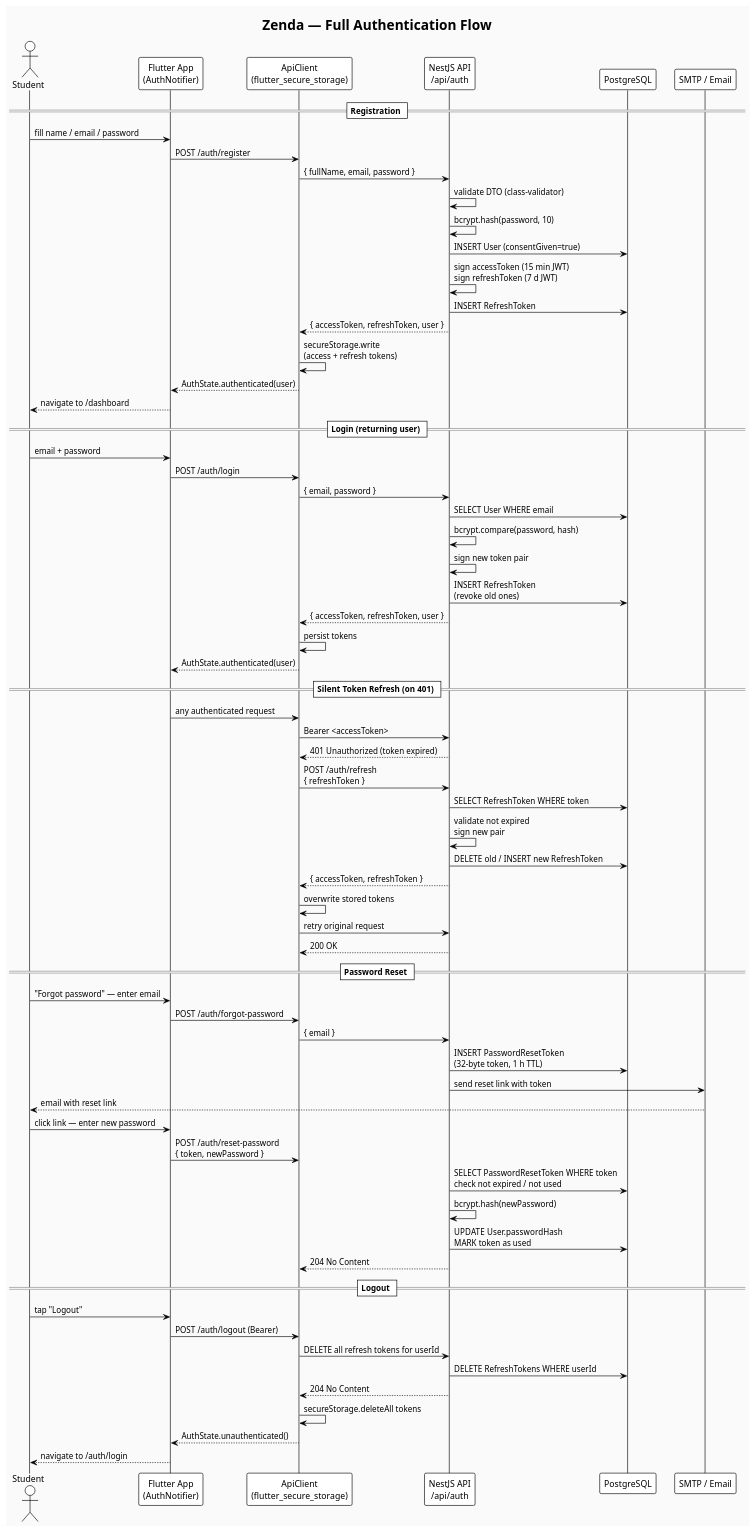
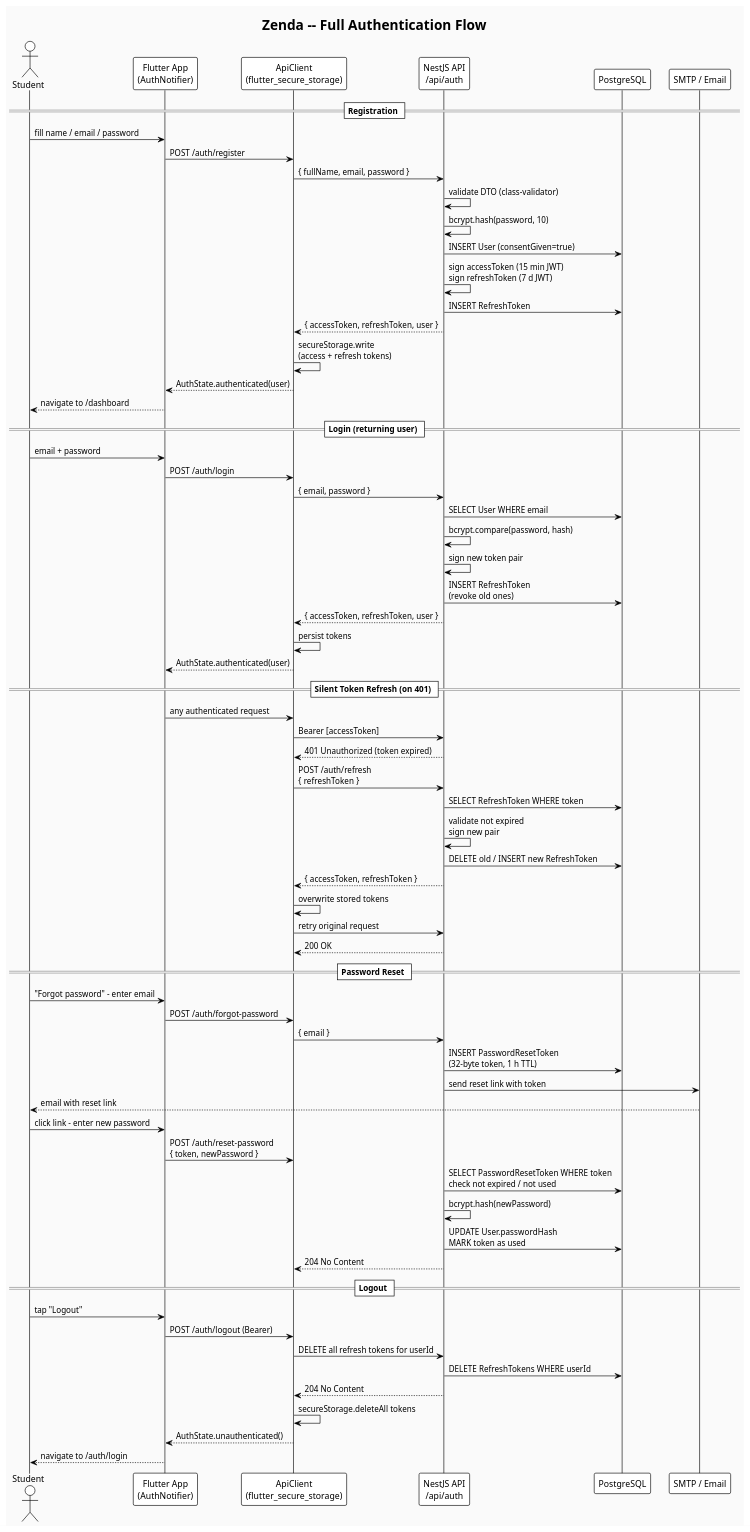
One commit to Tesis-2026/zenda_monorepo_app changed the fourth of 7 diagrams in docs/architecture.puml. Above: the diagram before and after it, drawn with PlantUML. The commit also changed other lines of this file, not shown here.

First line of the commit message:
fix(docs): correct PlantUML syntax errors in architecture.puml

```diff
--- a/docs/architecture.puml
+++ b/docs/architecture.puml
@@ -173,77 +175,77 @@
 @startuml ZendaAuthFlow
 !theme plain
 skinparam backgroundColor #FAFAFA
 
-title Zenda — Full Authentication Flow
+title Zenda -- Full Authentication Flow
 
 actor Student
 participant "Flutter App\n(AuthNotifier)" as App
 participant "ApiClient\n(flutter_secure_storage)" as Client
 participant "NestJS API\n/api/auth" as API
 participant "PostgreSQL" as DB
 participant "SMTP / Email" as Mail
 
 == Registration ==
 Student -> App : fill name / email / password
 App -> Client : POST /auth/register
 Client -> API : { fullName, email, password }
 API -> API : validate DTO (class-validator)
 API -> API : bcrypt.hash(password, 10)
 API -> DB : INSERT User (consentGiven=true)
 API -> API : sign accessToken (15 min JWT)\nsign refreshToken (7 d JWT)
 API -> DB : INSERT RefreshToken
 API --> Client : { accessToken, refreshToken, user }
 Client -> Client : secureStorage.write\n(access + refresh tokens)
 Client --> App : AuthState.authenticated(user)
 App --> Student : navigate to /dashboard
 
 == Login (returning user) ==
 Student -> App : email + password
 App -> Client : POST /auth/login
 Client -> API : { email, password }
 API -> DB : SELECT User WHERE email
 API -> API : bcrypt.compare(password, hash)
 API -> API : sign new token pair
 API -> DB : INSERT RefreshToken\n(revoke old ones)
 API --> Client : { accessToken, refreshToken, user }
 Client -> Client : persist tokens
 Client --> App : AuthState.authenticated(user)
 
 == Silent Token Refresh (on 401) ==
 App -> Client : any authenticated request
-Client -> API : Bearer <accessToken>
+Client -> API : Bearer [accessToken]
 API --> Client : 401 Unauthorized (token expired)
 Client -> API : POST /auth/refresh\n{ refreshToken }
 API -> DB : SELECT RefreshToken WHERE token
 API -> API : validate not expired\nsign new pair
 API -> DB : DELETE old / INSERT new RefreshToken
 API --> Client : { accessToken, refreshToken }
 Client -> Client : overwrite stored tokens
 Client -> API : retry original request
 API --> Client : 200 OK
 
 == Password Reset ==
-Student -> App : "Forgot password" — enter email
+Student -> App : "Forgot password" - enter email
 App -> Client : POST /auth/forgot-password
 Client -> API : { email }
 API -> DB : INSERT PasswordResetToken\n(32-byte token, 1 h TTL)
 API -> Mail : send reset link with token
 Mail --> Student : email with reset link
-Student -> App : click link — enter new password
+Student -> App : click link - enter new password
 App -> Client : POST /auth/reset-password\n{ token, newPassword }
 API -> DB : SELECT PasswordResetToken WHERE token\ncheck not expired / not used
 API -> API : bcrypt.hash(newPassword)
 API -> DB : UPDATE User.passwordHash\nMARK token as used
 API --> Client : 204 No Content
 
 == Logout ==
 Student -> App : tap "Logout"
 App -> Client : POST /auth/logout (Bearer)
 Client -> API : DELETE all refresh tokens for userId
 API -> DB : DELETE RefreshTokens WHERE userId
 API --> Client : 204 No Content
 Client -> Client : secureStorage.deleteAll tokens
 Client --> App : AuthState.unauthenticated()
 App --> Student : navigate to /auth/login
 
 @enduml
```
